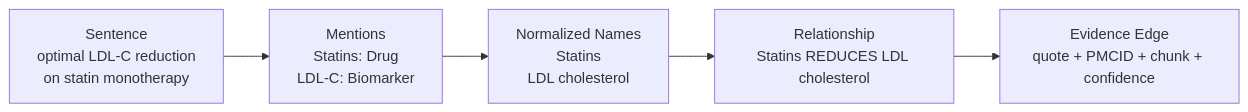
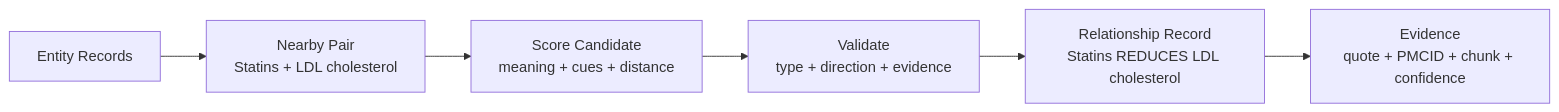
The seventh of 12 diagrams in docs/capstone_presentation.md (anthonylitwin/med-graph-rag), drawn with Mermaid before and after one commit. The commit also changed other lines of this file, not shown here.

````diff
--- a/docs/capstone_presentation.md
+++ b/docs/capstone_presentation.md
@@ -308,7 +358,8 @@
 ```mermaid
 flowchart LR
-    A["Sentence<br/>optimal LDL-C reduction<br/>on statin monotherapy"] --> B["Mentions<br/>Statins: Drug<br/>LDL-C: Biomarker"]
-    B --> C["Normalized Names<br/>Statins<br/>LDL cholesterol"]
-    C --> D["Relationship<br/>Statins REDUCES LDL cholesterol"]
-    D --> E["Evidence Edge<br/>quote + PMCID + chunk + confidence"]
+    A["Entity Records"] --> B["Nearby Pair<br/>Statins + LDL cholesterol"]
+    B --> C["Score Candidate<br/>meaning + cues + distance"]
+    C --> D["Validate<br/>type + direction + evidence"]
+    D --> E["Relationship Record<br/>Statins REDUCES LDL cholesterol"]
+    E --> F["Evidence<br/>quote + PMCID + chunk + confidence"]
 ```
````
